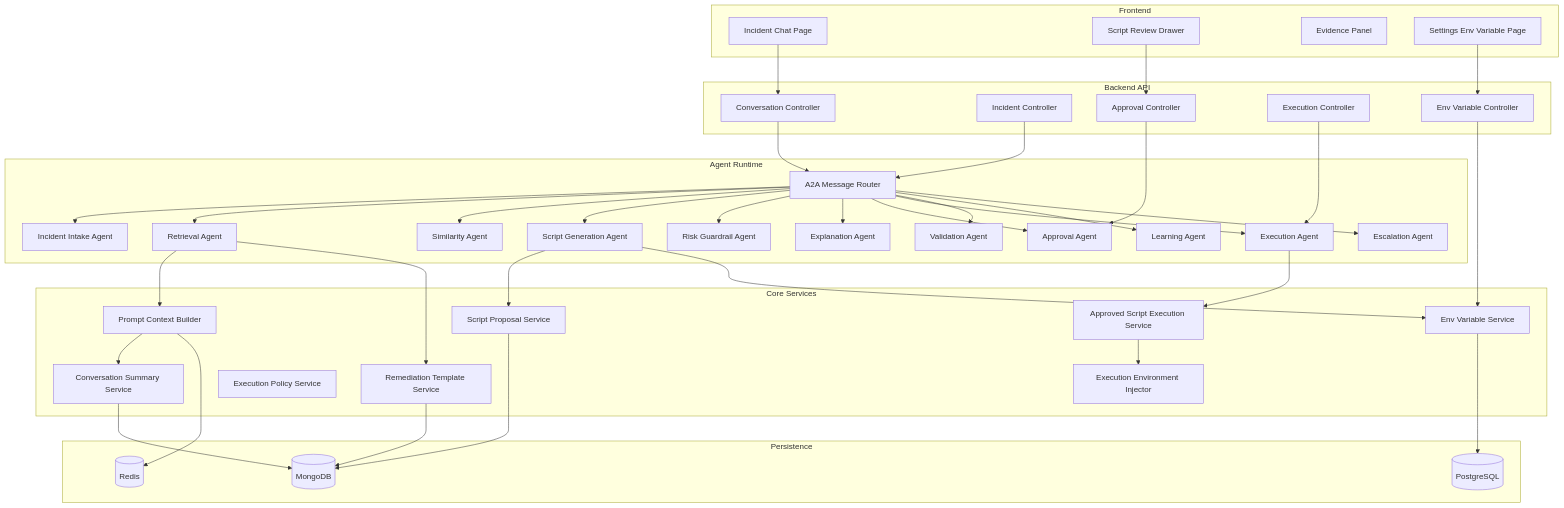
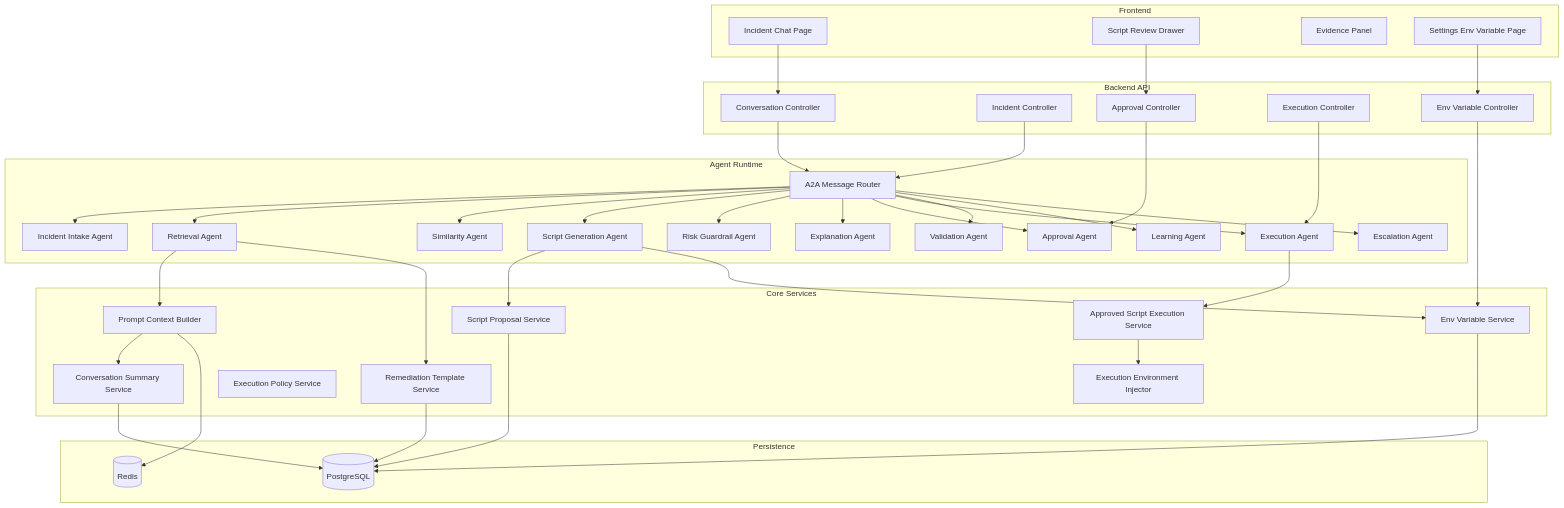
Before and after one commit to iamsouviki/incident-warden: the first of 6 diagrams in docs/final_architecture_lld.md, drawn with Mermaid. The commit also changed 121 other files, not shown here.

````diff
--- a/docs/final_architecture_lld.md
+++ b/docs/final_architecture_lld.md
@@ -137,7 +137,6 @@
     end
 
     subgraph STORE[Persistence]
-        MONGO[(MongoDB)]
         POSTGRES[(PostgreSQL)]
         REDIS[(Redis)]
     end
@@ -172,9 +171,9 @@
     ASES --> EEI
     GEN --> EVS
 
-    CSS --> MONGO
-    RTS --> MONGO
-    SPS --> MONGO
+    CSS --> POSTGRES
+    RTS --> POSTGRES
+    SPS --> POSTGRES
     EVS --> POSTGRES
     PBS --> REDIS
 ```
````
